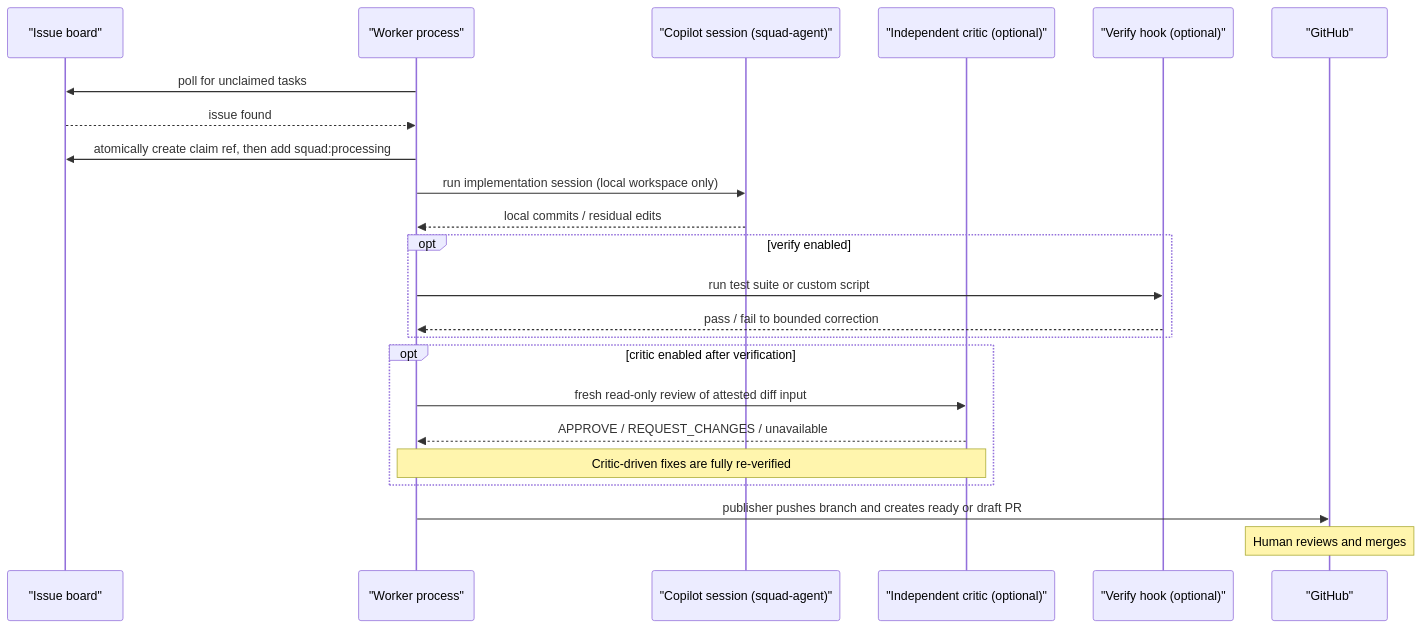
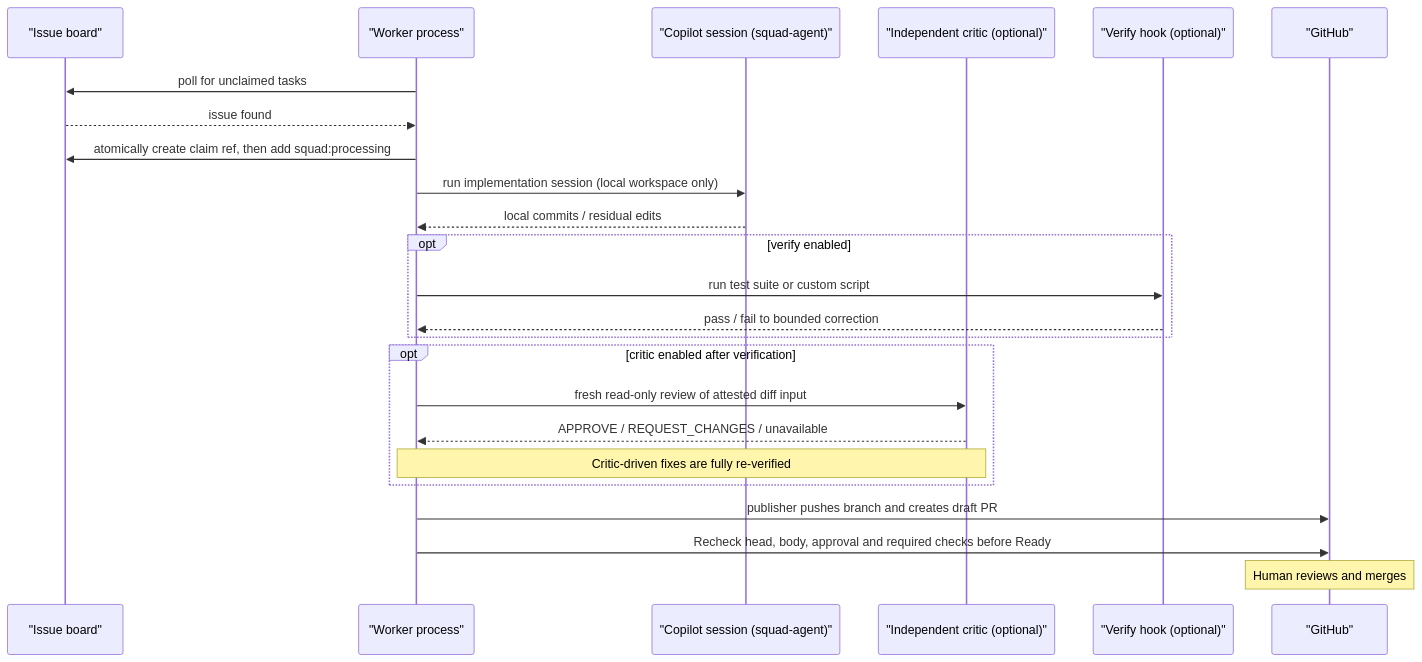
The second of 11 diagrams in README.md (timoknapp/Hangar), drawn with Mermaid before and after one commit. The commit also changed other lines of this file and 18 other files, not shown here.

````diff
--- a/README.md
+++ b/README.md
@@ -230,26 +232,27 @@
 ```mermaid
 sequenceDiagram
     participant Board  as "Issue board"
     participant Worker as "Worker process"
     participant Impl   as "Copilot session (squad-agent)"
     participant Critic as "Independent critic (optional)"
     participant Verify as "Verify hook (optional)"
     participant GH     as "GitHub"
 
     Worker->>Board: poll for unclaimed tasks
     Board-->>Worker: issue found
     Worker->>Board: atomically create claim ref, then add squad:processing
     Worker->>Impl: run implementation session (local workspace only)
     Impl-->>Worker: local commits / residual edits
     opt verify enabled
         Worker->>Verify: run test suite or custom script
         Verify-->>Worker: pass / fail to bounded correction
     end
     opt critic enabled after verification
         Worker->>Critic: fresh read-only review of attested diff input
         Critic-->>Worker: APPROVE / REQUEST_CHANGES / unavailable
         Note over Worker,Critic: Critic-driven fixes are fully re-verified
     end
-    Worker->>GH: publisher pushes branch and creates ready or draft PR
+    Worker->>GH: publisher pushes branch and creates draft PR
+    Worker->>GH: Recheck head, body, approval and required checks before Ready
     Note over GH: Human reviews and merges
 ```
````
